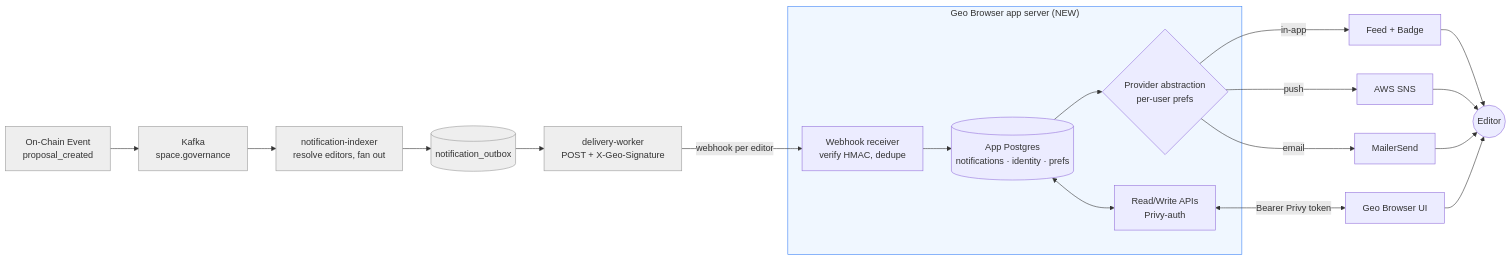
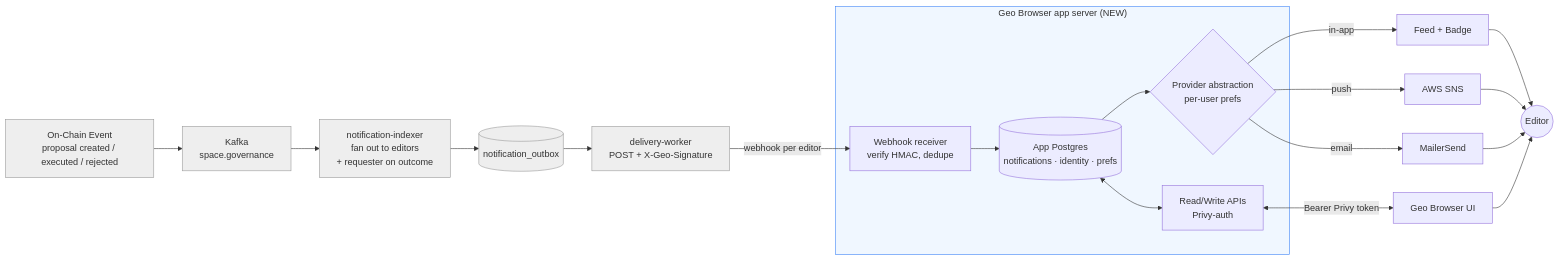
One commit to geobrowser/gaia changed the first of 3 diagrams in docs/notifications-mvp-prd.md. Above: the diagram before and after it, drawn with Mermaid. The commit also changed other lines of this file, not shown here.

First line of the commit message:
docs(notifications): bring requester approved/rejected outcome into MVP scope

````diff
--- a/docs/notifications-mvp-prd.md
+++ b/docs/notifications-mvp-prd.md
@@ -33,30 +33,30 @@
 ```mermaid
 flowchart LR
-    A[On-Chain Event<br/>proposal_created] --> K[Kafka<br/>space.governance]
-    K --> NI[notification-indexer<br/>resolve editors, fan out]
+    A[On-Chain Event<br/>proposal created / executed / rejected] --> K[Kafka<br/>space.governance]
+    K --> NI[notification-indexer<br/>fan out to editors<br/>+ requester on outcome]
     NI --> OB[(notification_outbox)]
     OB --> DW[delivery-worker<br/>POST + X-Geo-Signature]
 
     subgraph NEW["Geo Browser app server (NEW)"]
         WR[Webhook receiver<br/>verify HMAC, dedupe] --> DB[(App Postgres<br/>notifications · identity · prefs)]
         DB --> PA{Provider abstraction<br/>per-user prefs}
         API[Read/Write APIs<br/>Privy-auth]
         DB <--> API
     end
 
     DW -->|webhook per editor| WR
 
     PA -->|in-app| FEED[Feed + Badge]
     PA -->|push| SNS[AWS SNS]
     PA -->|email| MS[MailerSend]
 
     FEED --> U((Editor))
     SNS --> U
     MS --> U
     API <-->|Bearer Privy token| FE[Geo Browser UI]
     FE --> U
 
     class A,K,NI,OB,DW exist
     classDef exist fill:#eee,stroke:#999,color:#333
     style NEW fill:#f0f7ff,stroke:#3b82f6
 ```
````
